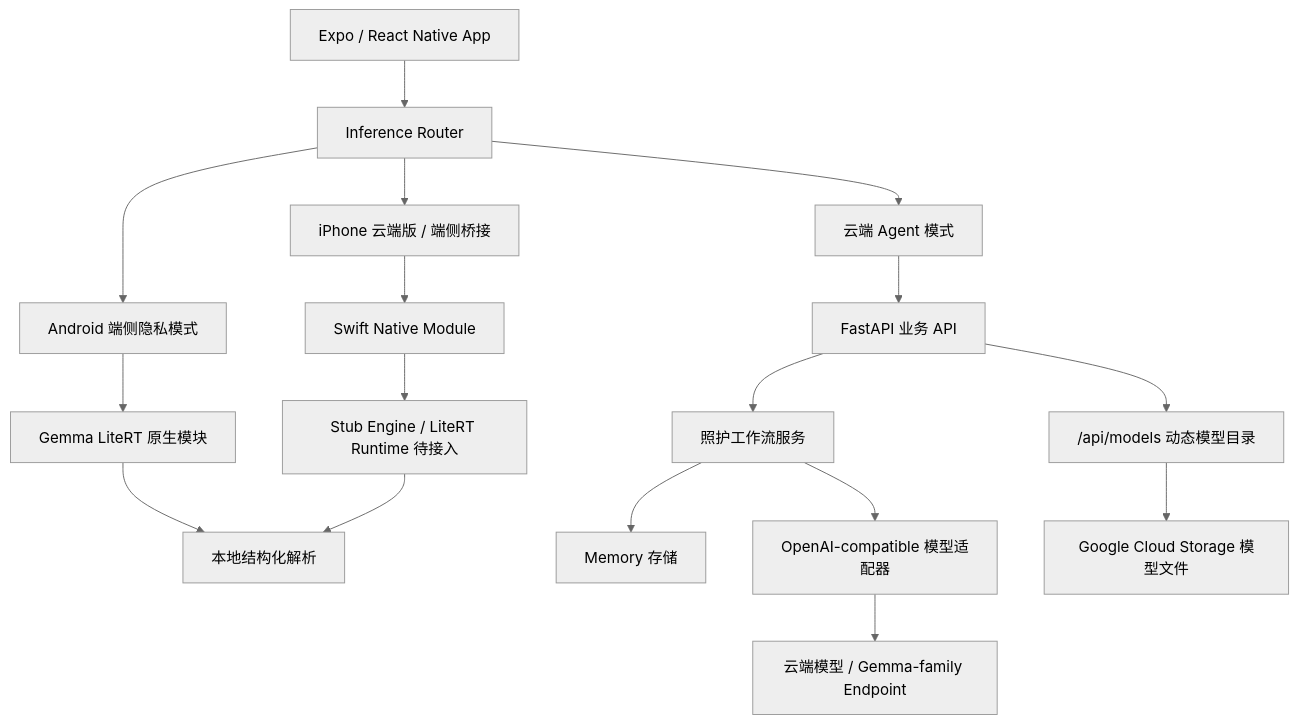
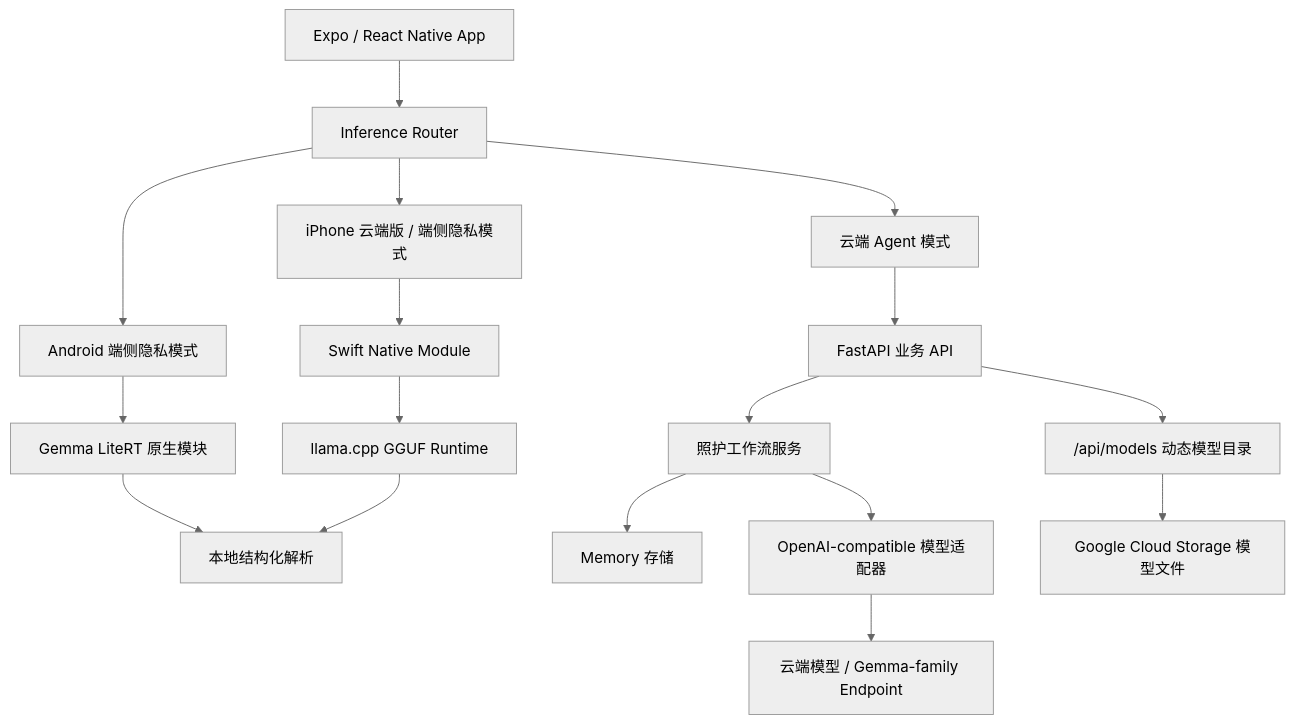
Before and after one commit to hyczy0809/CareMind: the diagram in README.md, drawn with Mermaid (neutral theme). The commit also changed other lines of this file and 170 other files, not shown here.

````diff
--- a/README.md
+++ b/README.md
@@ -239,19 +249,19 @@
 ```mermaid
 flowchart TD
     A["Expo / React Native App"] --> B["Inference Router"]
     B --> C["Android 端侧隐私模式"]
     C --> D["Gemma LiteRT 原生模块"]
     D --> E["本地结构化解析"]
-    B --> N["iPhone 云端版 / 端侧桥接"]
+    B --> N["iPhone 云端版 / 端侧隐私模式"]
     N --> O["Swift Native Module"]
-    O --> P["Stub Engine / LiteRT Runtime 待接入"]
+    O --> P["llama.cpp GGUF Runtime"]
     P --> E
     B --> F["云端 Agent 模式"]
     F --> G["FastAPI 业务 API"]
     G --> H["照护工作流服务"]
     H --> I["Memory 存储"]
     H --> J["OpenAI-compatible 模型适配器"]
     J --> K["云端模型 / Gemma-family Endpoint"]
     G --> L["/api/models 动态模型目录"]
     L --> M["Google Cloud Storage 模型文件"]
 ```
````
